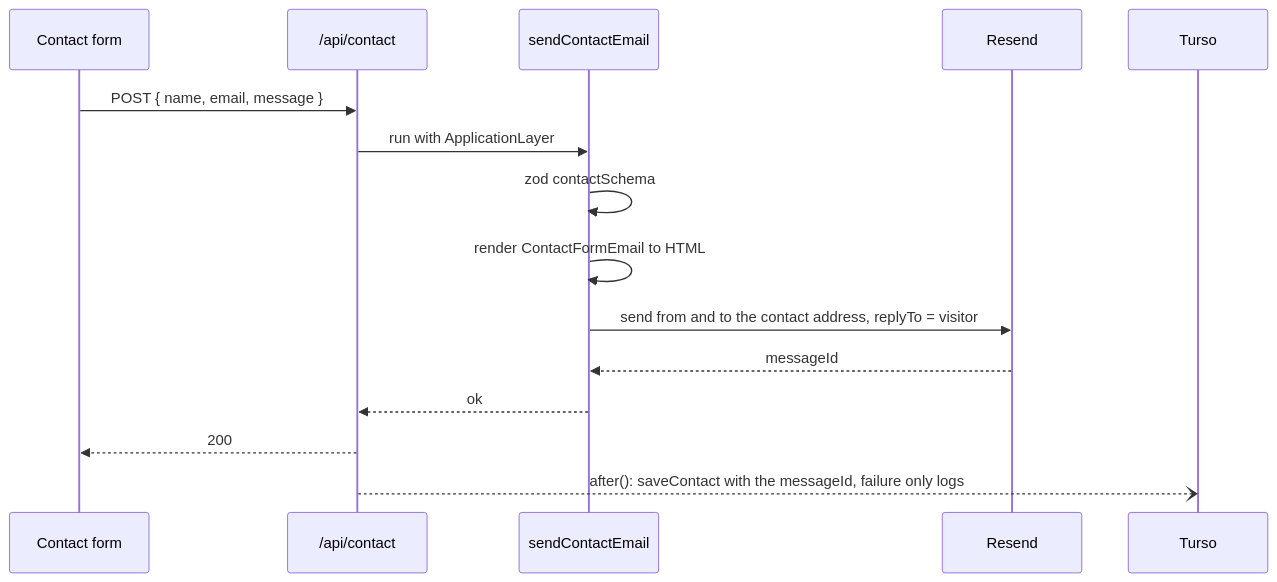
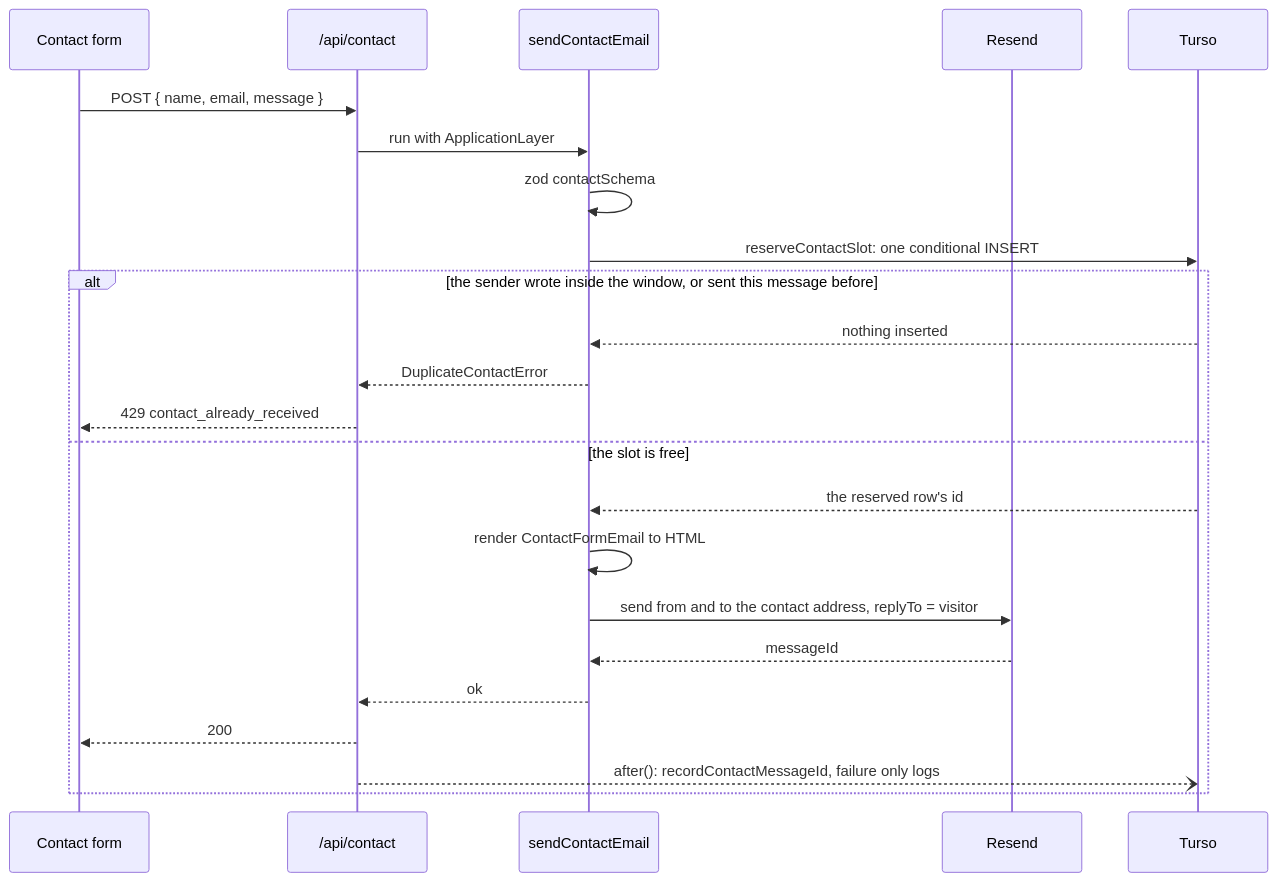
Before and after one commit to fbuireu/forever-pto: the diagram in apps/docs/src/content/docs/how-it-works/emails.mdx, drawn with Mermaid. The commit also changed other lines of this file and 481 other files, not shown here.

````diff
--- a/apps/docs/src/content/docs/how-it-works/emails.mdx
+++ b/apps/docs/src/content/docs/how-it-works/emails.mdx
@@ -17,17 +17,25 @@
 ```mermaid
 sequenceDiagram
   participant U as Contact form
   participant R as /api/contact
   participant UC as sendContactEmail
   participant RS as Resend
   participant DB as Turso
   U->>R: POST { name, email, message }
   R->>UC: run with ApplicationLayer
   UC->>UC: zod contactSchema
-  UC->>UC: render ContactFormEmail to HTML
-  UC->>RS: send from and to the contact address, replyTo = visitor
-  RS-->>UC: messageId
-  UC-->>R: ok
-  R-->>U: 200
-  R--)DB: after(): saveContact with the messageId, failure only logs
+  UC->>DB: reserveContactSlot: one conditional INSERT
+  alt the sender wrote inside the window, or sent this message before
+    DB-->>UC: nothing inserted
+    UC-->>R: DuplicateContactError
+    R-->>U: 429 contact_already_received
+  else the slot is free
+    DB-->>UC: the reserved row's id
+    UC->>UC: render ContactFormEmail to HTML
+    UC->>RS: send from and to the contact address, replyTo = visitor
+    RS-->>UC: messageId
+    UC-->>R: ok
+    R-->>U: 200
+    R--)DB: after(): recordContactMessageId, failure only logs
+  end
 ```
````
